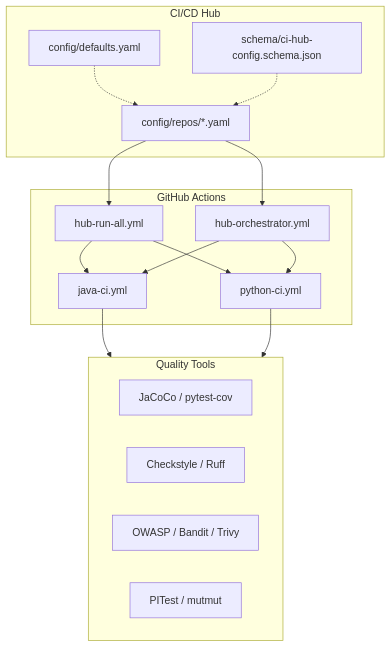
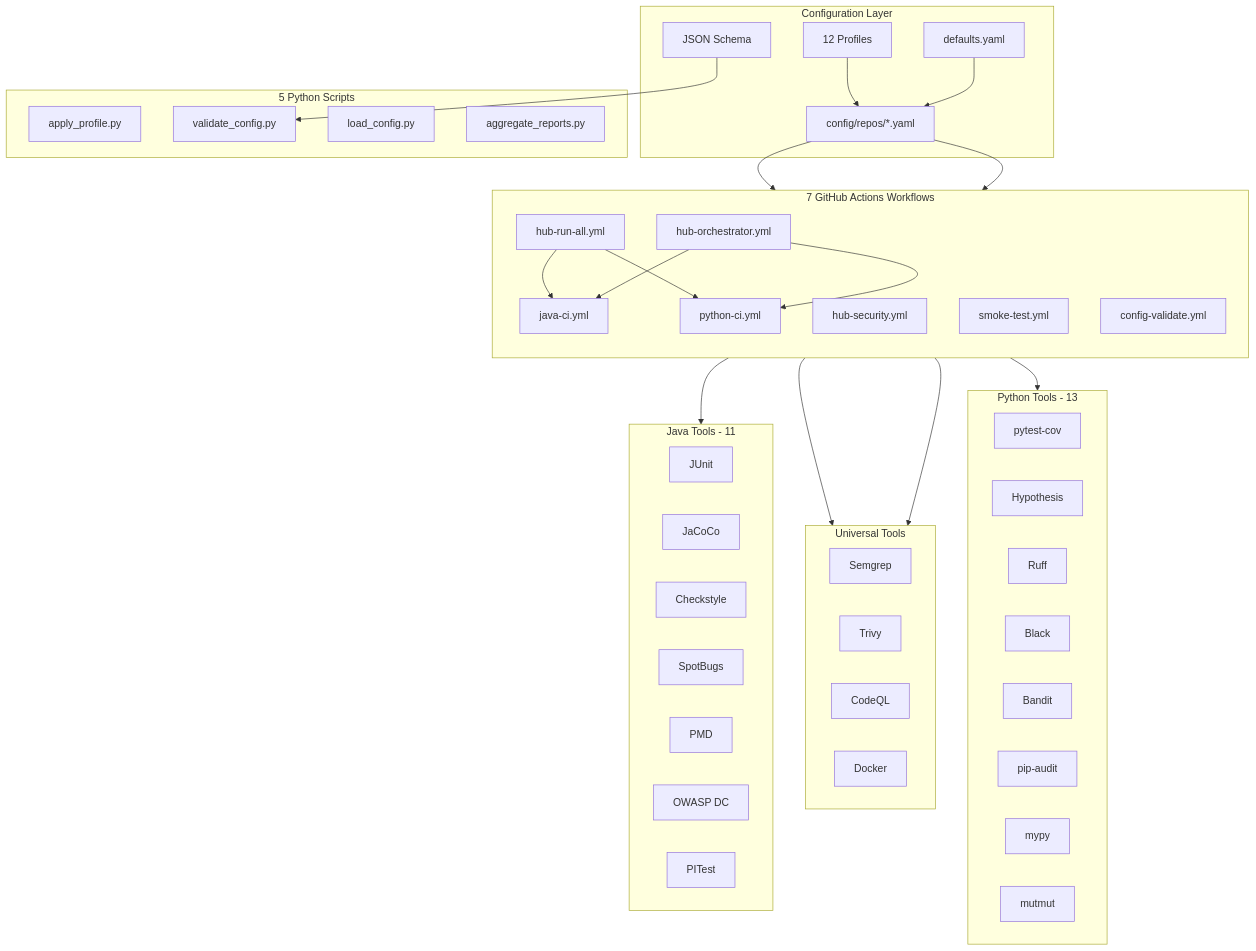
One commit to jguida941/ci-hub-orchestrator changed the diagram in README.md. Above: the diagram before and after it, drawn with Mermaid.

Commit message:
Expand Mermaid architecture diagram with all components

````diff
--- a/README.md
+++ b/README.md
@@ -33,35 +33,71 @@
 ```mermaid
 flowchart TB
-    subgraph Hub[CI/CD Hub]
-        Config[config/repos/*.yaml]
-        Defaults[config/defaults.yaml]
-        Schema[schema/ci-hub-config.schema.json]
+    subgraph Config[Configuration Layer]
+        Defaults[defaults.yaml]
+        RepoConfigs[config/repos/*.yaml]
+        Schema[JSON Schema]
+        Profiles[12 Profiles]
     end
 
-    subgraph Workflows[GitHub Actions]
+    subgraph Workflows[7 GitHub Actions Workflows]
+        direction TB
         RunAll[hub-run-all.yml]
         Orchestrator[hub-orchestrator.yml]
+        Security[hub-security.yml]
+        Smoke[smoke-test.yml]
+        Validate[config-validate.yml]
         JavaCI[java-ci.yml]
         PythonCI[python-ci.yml]
     end
 
-    subgraph Tools[Quality Tools]
-        Coverage[JaCoCo / pytest-cov]
-        Lint[Checkstyle / Ruff]
-        Security[OWASP / Bandit / Trivy]
-        Mutation[PITest / mutmut]
+    subgraph Scripts[5 Python Scripts]
+        ApplyProfile[apply_profile.py]
+        ValidateConfig[validate_config.py]
+        LoadConfig[load_config.py]
+        Aggregate[aggregate_reports.py]
     end
 
-    Config --> RunAll
-    Config --> Orchestrator
-    Defaults -.-> Config
-    Schema -.-> Config
+    subgraph JavaTools[Java Tools - 11]
+        JUnit[JUnit]
+        JaCoCo[JaCoCo]
+        Checkstyle[Checkstyle]
+        SpotBugs[SpotBugs]
+        PMD[PMD]
+        OWASP[OWASP DC]
+        PITest[PITest]
+    end
+
+    subgraph PythonTools[Python Tools - 13]
+        Pytest[pytest-cov]
+        Hypothesis[Hypothesis]
+        Ruff[Ruff]
+        Black[Black]
+        Bandit[Bandit]
+        PipAudit[pip-audit]
+        Mypy[mypy]
+        Mutmut[mutmut]
+    end
+
+    subgraph Universal[Universal Tools]
+        Semgrep[Semgrep]
+        Trivy[Trivy]
+        CodeQL[CodeQL]
+        Docker[Docker]
+    end
+
+    Profiles --> RepoConfigs
+    Defaults --> RepoConfigs
+    Schema --> ValidateConfig
+    RepoConfigs --> RunAll
+    RepoConfigs --> Orchestrator
 
     RunAll --> JavaCI
     RunAll --> PythonCI
     Orchestrator --> JavaCI
     Orchestrator --> PythonCI
 
-    JavaCI --> Tools
-    PythonCI --> Tools
+    JavaCI --> JavaTools
+    JavaCI --> Universal
+    PythonCI --> PythonTools
+    PythonCI --> Universal
 ```
````
